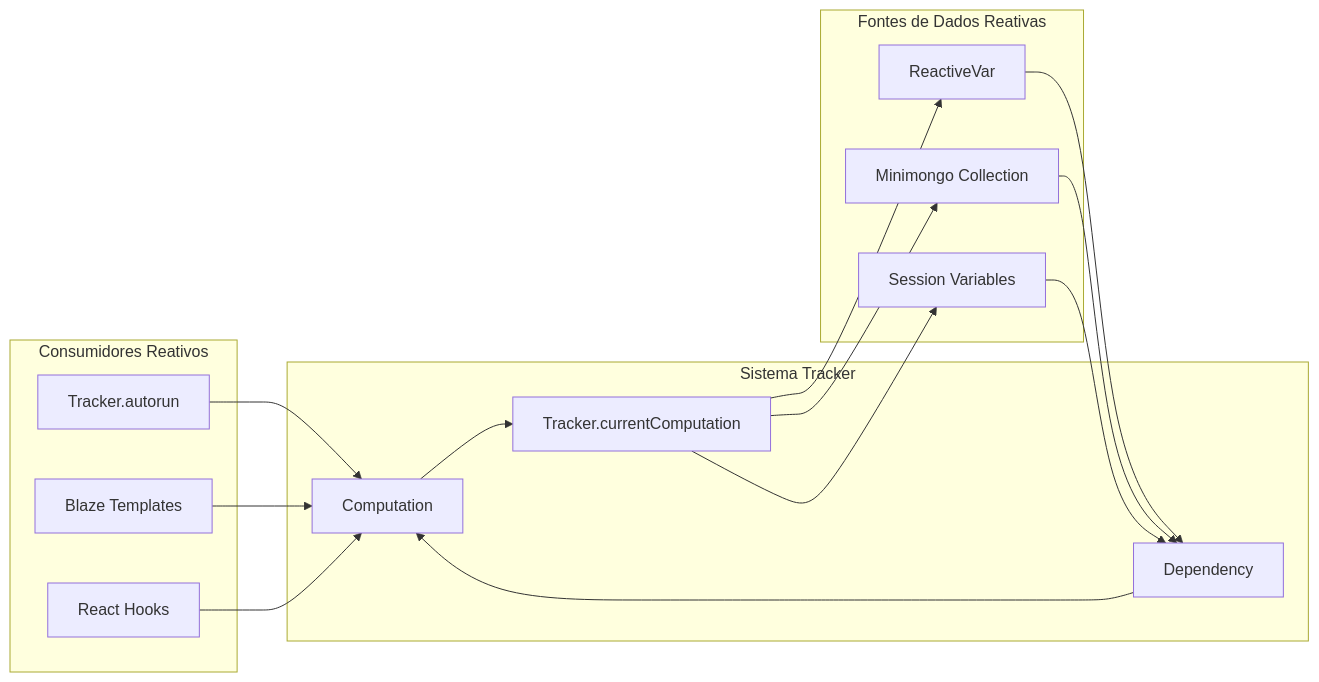
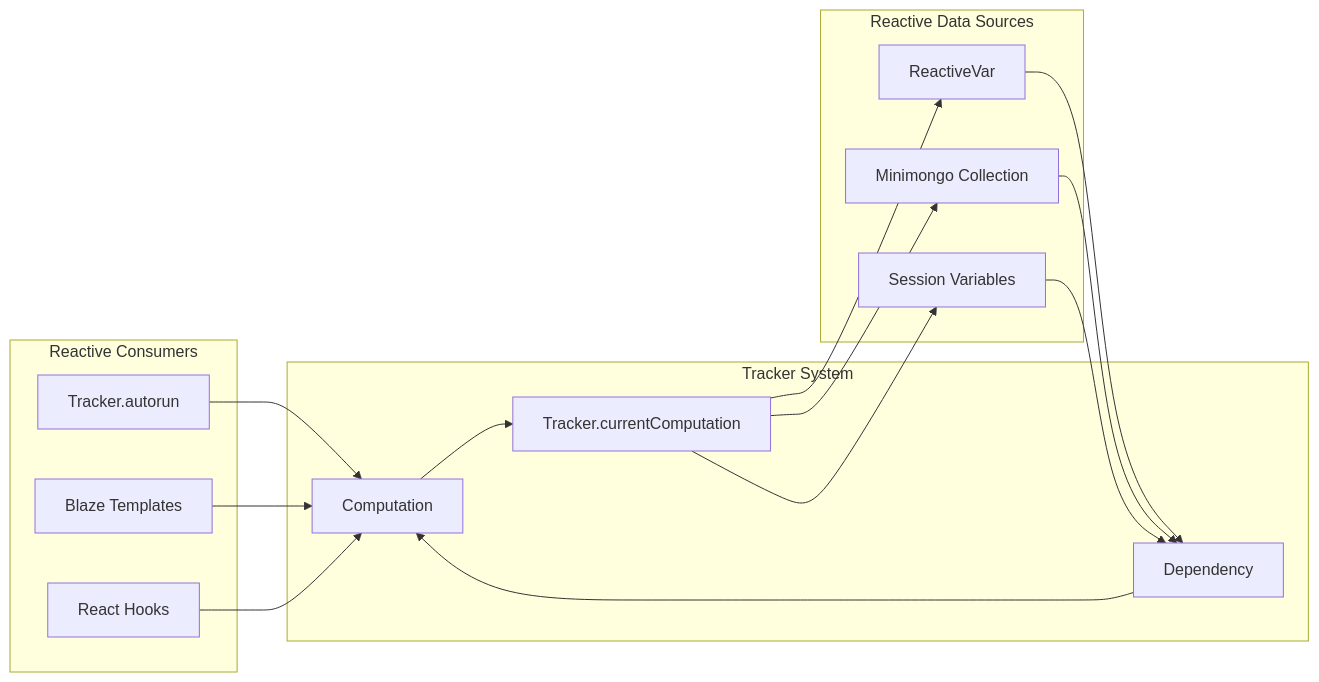
The second of 15 diagrams in readme.md (italojs/ddp-blog-post), drawn with Mermaid before and after one commit. The commit also changed other lines of this file, not shown here.

````diff
--- a/readme.md
+++ b/readme.md
@@ -148,35 +228,35 @@
 ```mermaid
 graph LR
-    subgraph "Sistema Tracker"
+    subgraph "Tracker System"
         Computation[Computation]
         Dependency[Dependency]
         CurrentComputation[Tracker.currentComputation]
     end
     
-    subgraph "Fontes de Dados Reativas"
+    subgraph "Reactive Data Sources"
         ReactiveVar[ReactiveVar]
         Collection[Minimongo Collection]
         Session[Session Variables]
     end
     
-    subgraph "Consumidores Reativos"
+    subgraph "Reactive Consumers"
         Template[Blaze Templates]
         Autorun[Tracker.autorun]
         ReactHooks[React Hooks]
     end
     
     Autorun --> Computation
     Template --> Computation
     ReactHooks --> Computation
     
     Computation --> CurrentComputation
     CurrentComputation --> ReactiveVar
     CurrentComputation --> Collection
     CurrentComputation --> Session
     
     ReactiveVar --> Dependency
     Collection --> Dependency
     Session --> Dependency
     
     Dependency --> Computation
 ```
````
